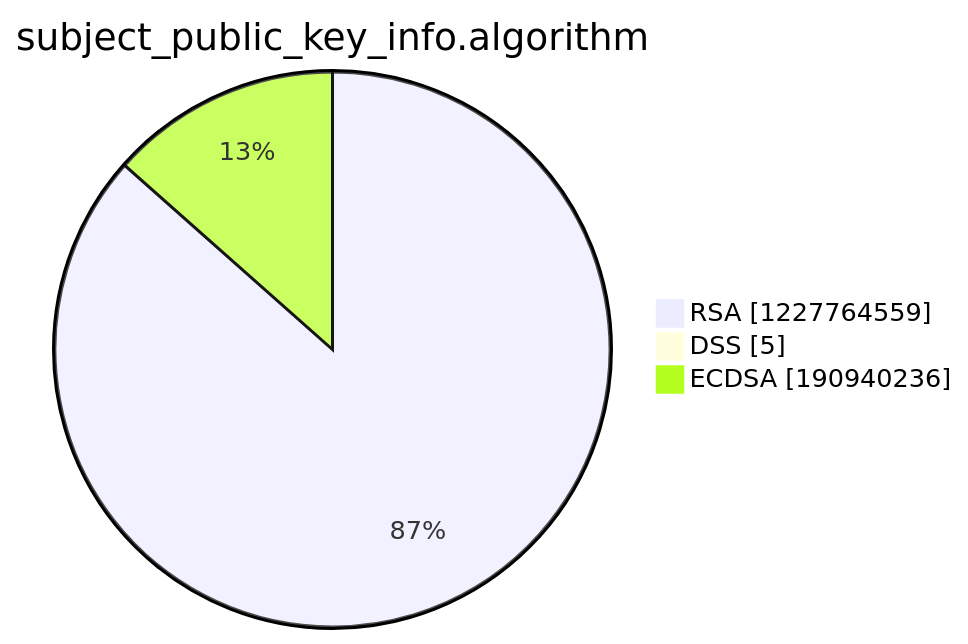
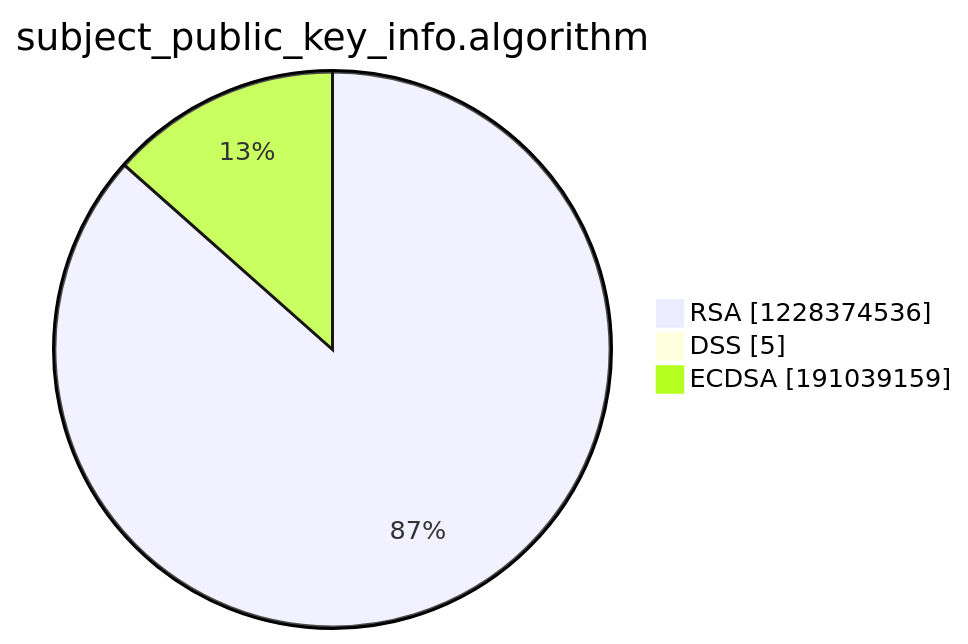
One commit to christiankrug/ctmonitor_visualization changed the third of 15 diagrams in argon2022/README.md. Above: the diagram before and after it, drawn with Mermaid. The commit also changed other lines of this file, not shown here.

````diff
--- a/argon2022/README.md
+++ b/argon2022/README.md
@@ -14,7 +14,7 @@
 ```mermaid
 pie showData
 title subject_public_key_info.algorithm
-"RSA" :1227764559
+"RSA" :1228374536
 "DSS" :5
-"ECDSA" :190940236
+"ECDSA" :191039159
 ```
````
